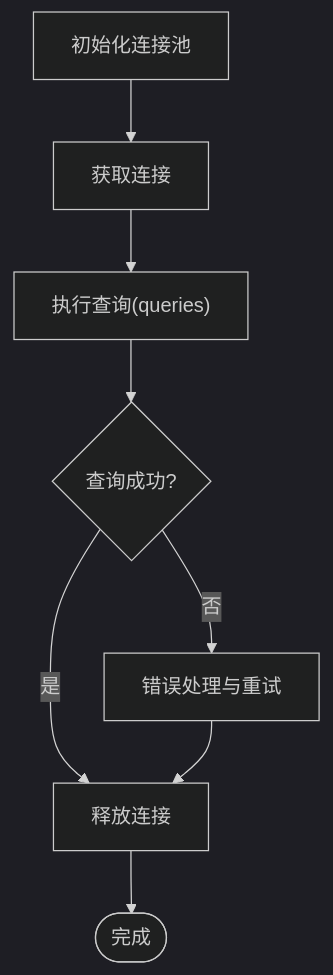
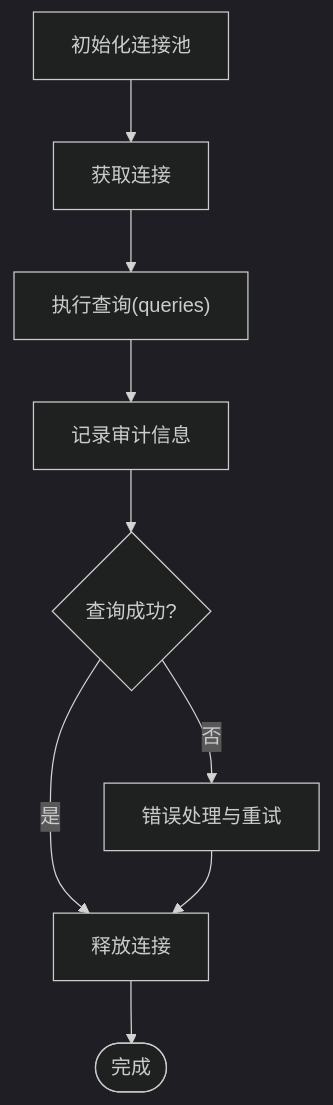
Before and after one commit to Maki3991/study-PactLedger: the sixth of 10 diagrams in .qoder/repowiki/zh/content/核心组件/双服务器架构.md, drawn with Mermaid (dark theme). The commit also changed other lines of this file and 15 other files, not shown here.

````diff
--- a/.qoder/repowiki/zh/content/核心组件/双服务器架构.md
+++ b/.qoder/repowiki/zh/content/核心组件/双服务器架构.md
@@ -295,10 +359,11 @@
 ```mermaid
 flowchart TD
 Init["初始化连接池"] --> Acquire["获取连接"]
 Acquire --> Query["执行查询(queries)"]
-Query --> Result{"查询成功?"}
+Query --> Audit["记录审计信息"]
+Audit --> Result{"查询成功?"}
 Result --> |是| Release["释放连接"]
 Result --> |否| HandleErr["错误处理与重试"]
 HandleErr --> Release
 Release --> Done(["完成"])
 ```
````
